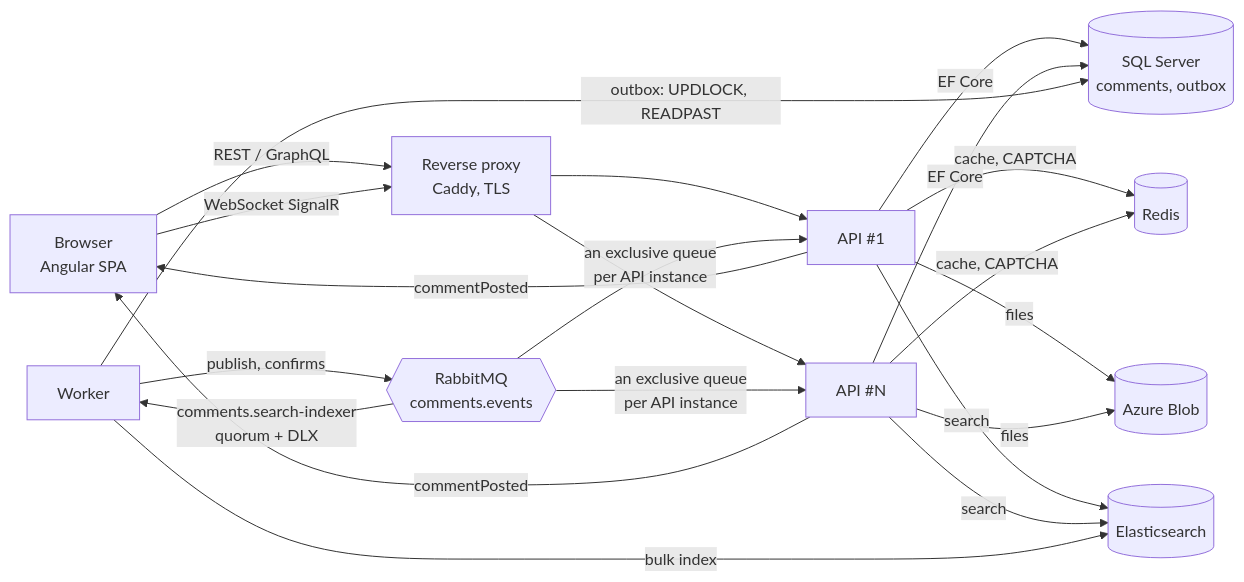
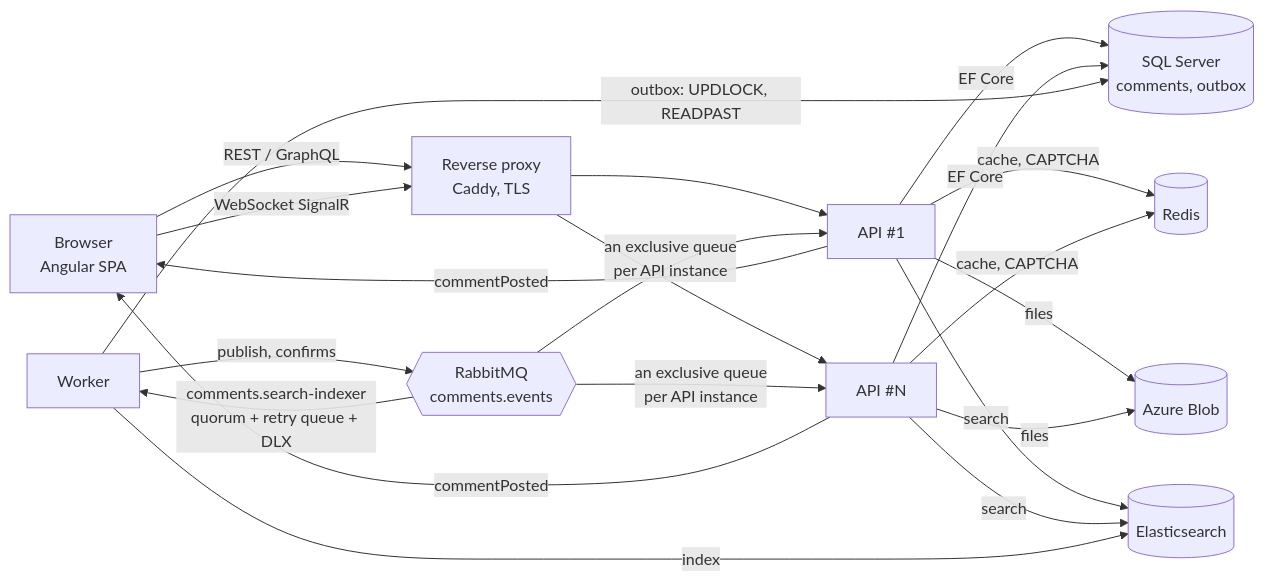
One commit to yevheniiivanov1/comments-spa changed the diagram in docs/architecture.md. Above: the diagram before and after it, drawn with Mermaid. The commit also changed other lines of this file and 7 other files, not shown here.

````diff
--- a/docs/architecture.md
+++ b/docs/architecture.md
@@ -7,17 +16,17 @@
 ```mermaid
 flowchart LR
     B[Browser<br/>Angular SPA] -- REST / GraphQL --> LB[Reverse proxy<br/>Caddy, TLS]
     B -- WebSocket SignalR --> LB
     LB --> API1[API #1]
     LB --> API2[API #N]
     API1 & API2 -- EF Core --> SQL[(SQL Server<br/>comments, outbox)]
     API1 & API2 -- cache, CAPTCHA --> R[(Redis)]
     API1 & API2 -- files --> BL[(Azure Blob)]
     API1 & API2 -- search --> ES[(Elasticsearch)]
     W[Worker] -- outbox: UPDLOCK, READPAST --> SQL
     W -- publish, confirms --> MQ{{RabbitMQ<br/>comments.events}}
-    MQ -- comments.search-indexer<br/>quorum + DLX --> W
-    W -- bulk index --> ES
+    MQ -- comments.search-indexer<br/>quorum + retry queue + DLX --> W
+    W -- index --> ES
     MQ -- an exclusive queue<br/>per API instance --> API1 & API2
     API1 & API2 -- commentPosted --> B
 ```
````
